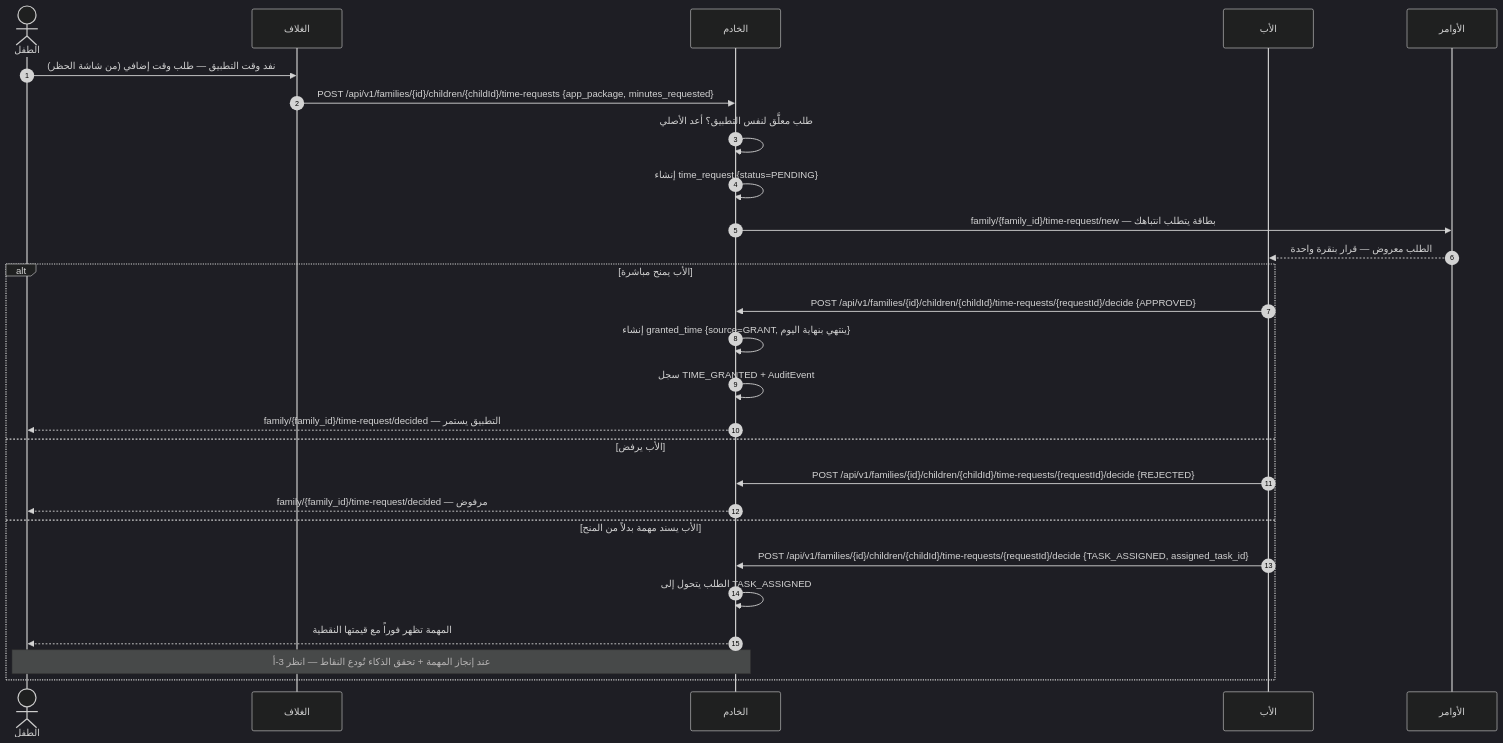
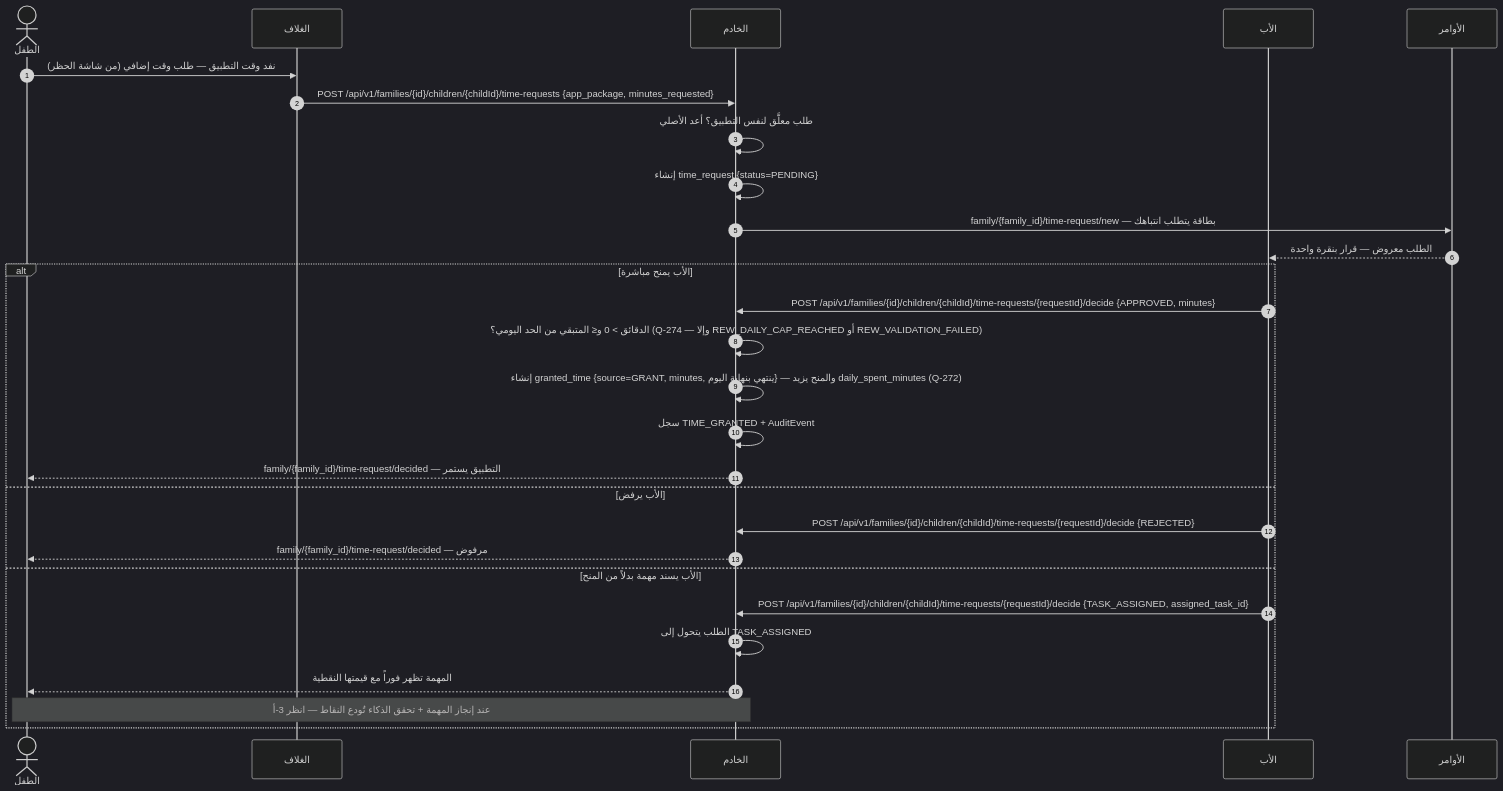
The fifth of 12 diagrams in docs/family-os/governance/phases/phase-1/S1-05-rewards-children/DIAGRAMS.md (Bassam-mohammed-alqaeadi/family-os-v2), drawn with Mermaid (dark theme) before and after one commit. The commit also changed other lines of this file and 1 other file, not shown here.

Commit message:
S1-05 R2-S105-09 (Q-274): الأب يمنح أي دقائق > 0 ولا تتجاوز المتبقي من الحد اليومي

````diff
--- a/docs/family-os/governance/phases/phase-1/S1-05-rewards-children/DIAGRAMS.md
+++ b/docs/family-os/governance/phases/phase-1/S1-05-rewards-children/DIAGRAMS.md
@@ -283,29 +283,30 @@
 ```mermaid
 sequenceDiagram
     autonumber
     actor Child as الطفل
     participant Shell as الغلاف
     participant Ktor as الخادم
     participant Father as الأب
     participant S109 as الأوامر
     Child->>Shell: نفد وقت التطبيق — طلب وقت إضافي (من شاشة الحظر)
     Shell->>Ktor: POST /api/v1/families/{id}/children/{childId}/time-requests {app_package, minutes_requested}
     Ktor->>Ktor: طلب معلَّق لنفس التطبيق؟ أعد الأصلي
     Ktor->>Ktor: إنشاء time_request {status=PENDING}
     Ktor->>S109: family/{family_id}/time-request/new — بطاقة يتطلب انتباهك
     S109-->>Father: الطلب معروض — قرار بنقرة واحدة
     alt الأب يمنح مباشرة
-        Father->>Ktor: POST /api/v1/families/{id}/children/{childId}/time-requests/{requestId}/decide {APPROVED}
-        Ktor->>Ktor: إنشاء granted_time {source=GRANT, ينتهي بنهاية اليوم}
+        Father->>Ktor: POST /api/v1/families/{id}/children/{childId}/time-requests/{requestId}/decide {APPROVED, minutes}
+        Ktor->>Ktor: الدقائق > 0 و≤ المتبقي من الحد اليومي؟ (Q-274 — وإلا REW_DAILY_CAP_REACHED أو REW_VALIDATION_FAILED)
+        Ktor->>Ktor: إنشاء granted_time {source=GRANT, minutes, ينتهي بنهاية اليوم} — والمنح يزيد daily_spent_minutes (Q-272)
         Ktor->>Ktor: سجل TIME_GRANTED + AuditEvent
         Ktor-->>Child: family/{family_id}/time-request/decided — التطبيق يستمر
     else الأب يرفض
         Father->>Ktor: POST /api/v1/families/{id}/children/{childId}/time-requests/{requestId}/decide {REJECTED}
         Ktor-->>Child: family/{family_id}/time-request/decided — مرفوض
     else الأب يسند مهمة بدلاً من المنح
         Father->>Ktor: POST /api/v1/families/{id}/children/{childId}/time-requests/{requestId}/decide {TASK_ASSIGNED, assigned_task_id}
         Ktor->>Ktor: الطلب يتحول إلى TASK_ASSIGNED
         Ktor-->>Child: المهمة تظهر فوراً مع قيمتها النقطية
         Note over Child,Ktor: عند إنجاز المهمة + تحقق الذكاء تُودع النقاط — انظر 3-أ
     end
 ```
````
